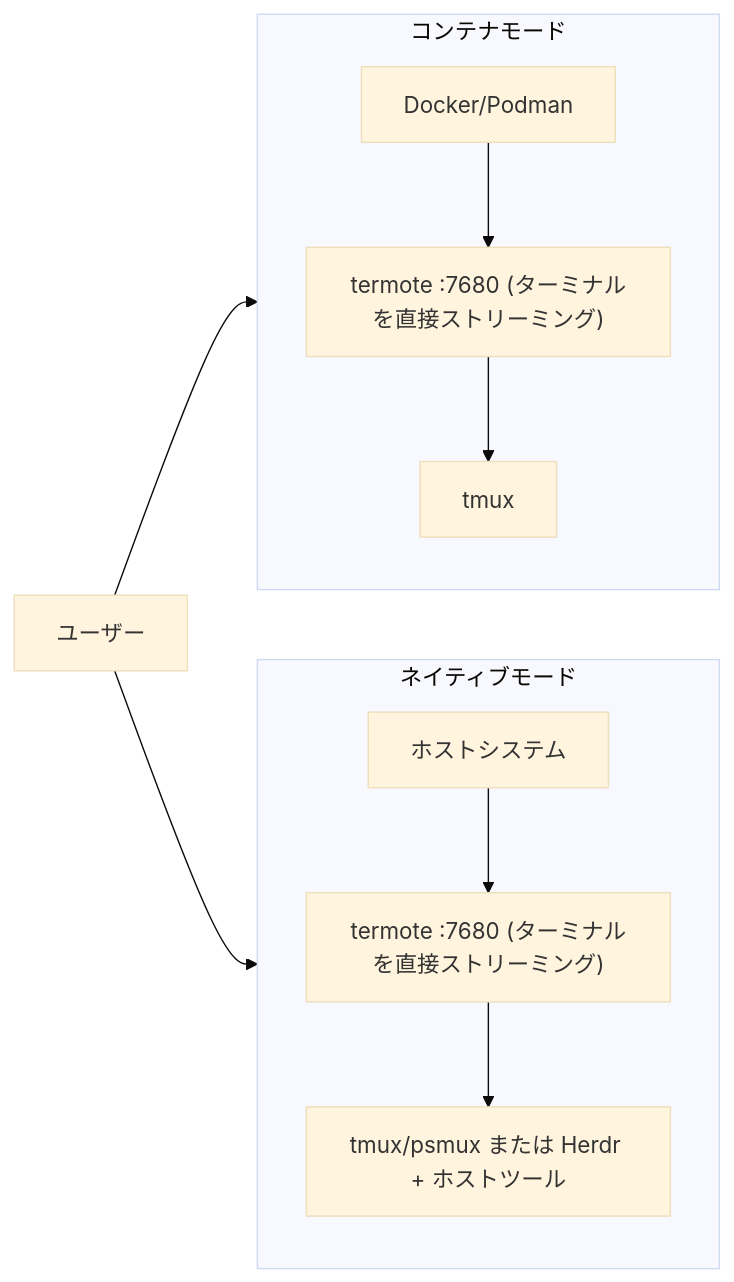
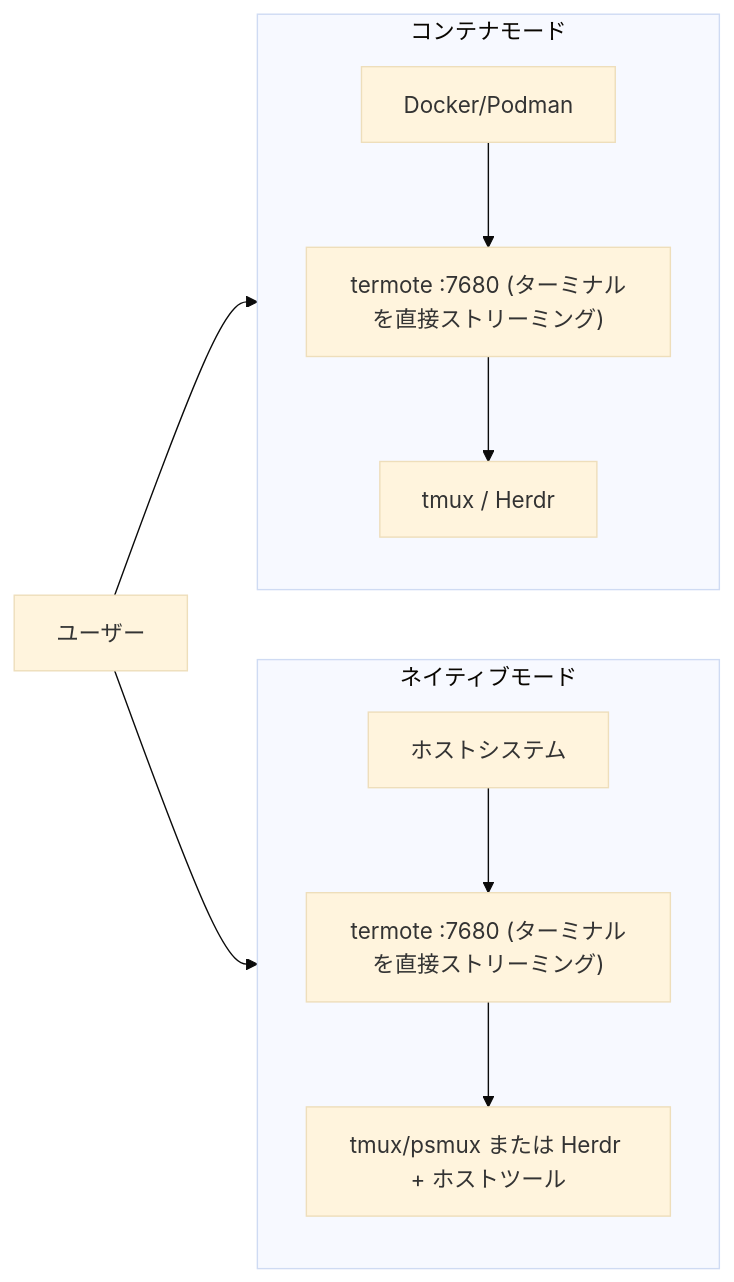
The second of 2 diagrams in README.ja.md (lamngockhuong/termote), drawn with Mermaid (base theme) before and after one commit. The commit also changed other lines of this file and 36 other files, not shown here.

````diff
--- a/README.ja.md
+++ b/README.ja.md
@@ -215,14 +215,14 @@
 ```mermaid
 flowchart LR
     subgraph Container["コンテナモード"]
         direction TB
-        C1["Docker/Podman"] --> C2["termote :7680 (ターミナルを直接ストリーミング)"] --> C3["tmux"]
+        C1["Docker/Podman"] --> C2["termote :7680 (ターミナルを直接ストリーミング)"] --> C3["tmux / Herdr"]
     end
 
     subgraph Native["ネイティブモード"]
         direction TB
         N1["ホストシステム"] --> N2["termote :7680 (ターミナルを直接ストリーミング)"] --> N3["tmux/psmux または Herdr + ホストツール"]
     end
 
     User["ユーザー"] --> Container & Native
 ```
````
